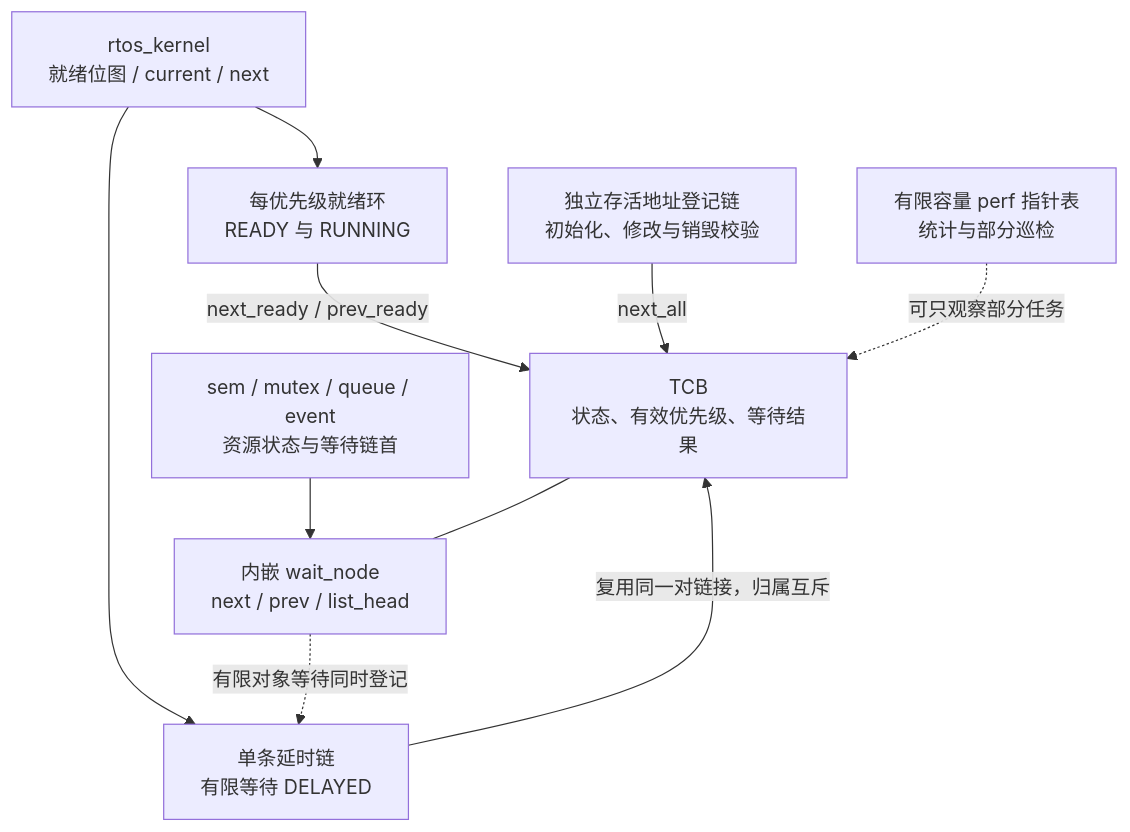
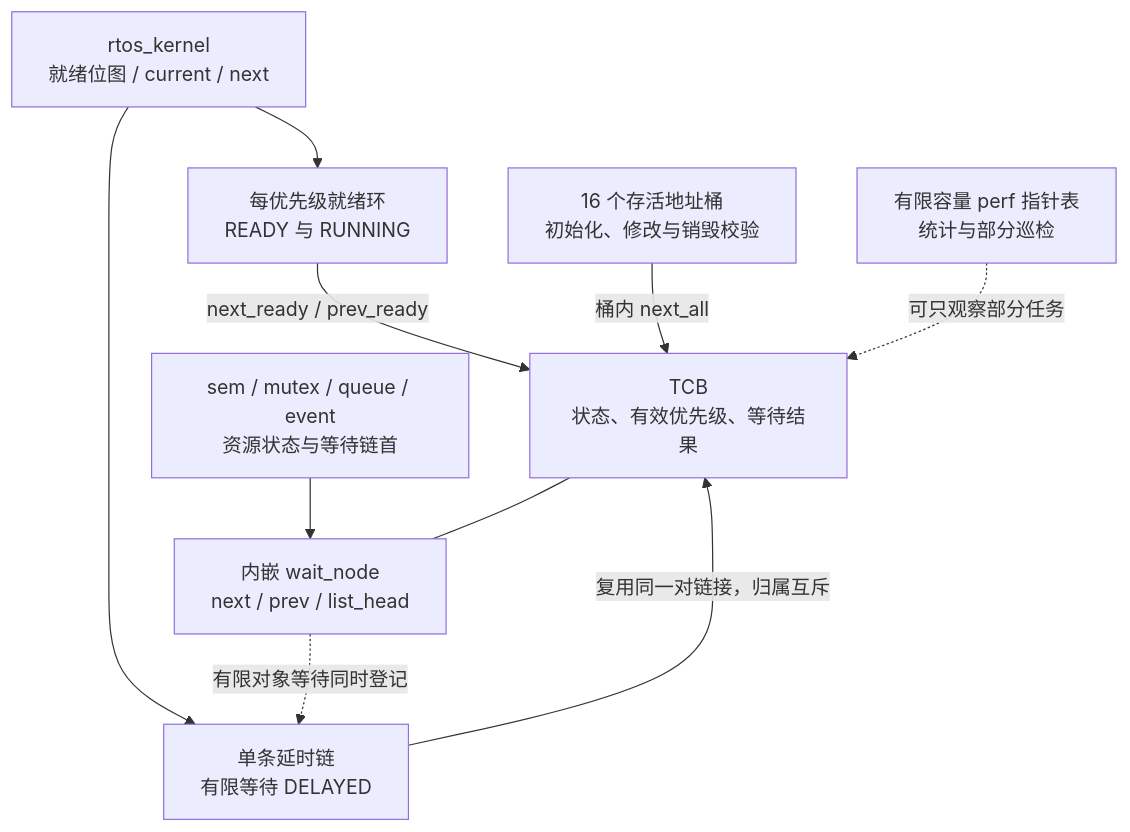
Before and after one commit to ArchHang/RTOS: the third of 19 diagrams in docs/rtos_design.md, drawn with Mermaid. The commit also changed other lines of this file and 5 other files, not shown here.

````diff
--- a/docs/rtos_design.md
+++ b/docs/rtos_design.md
@@ -393,12 +399,12 @@
 ```mermaid
 flowchart TB
     K["rtos_kernel<br/>就绪位图 / current / next"] --> R["每优先级就绪环<br/>READY 与 RUNNING"]
     K --> D["单条延时链<br/>有限等待 DELAYED"]
     R -->|next_ready / prev_ready| T["TCB<br/>状态、有效优先级、等待结果"]
     D -->|复用同一对链接，归属互斥| T
     O["sem / mutex / queue / event<br/>资源状态与等待链首"] --> W["内嵌 wait_node<br/>next / prev / list_head"]
     T --- W
-    A["独立存活地址登记链<br/>初始化、修改与销毁校验"] -->|next_all| T
+    A["16 个存活地址桶<br/>初始化、修改与销毁校验"] -->|桶内 next_all| T
     P["有限容量 perf 指针表<br/>统计与部分巡检"] -. "可只观察部分任务" .-> T
     W -. "有限对象等待同时登记" .-> D
 ```
````
